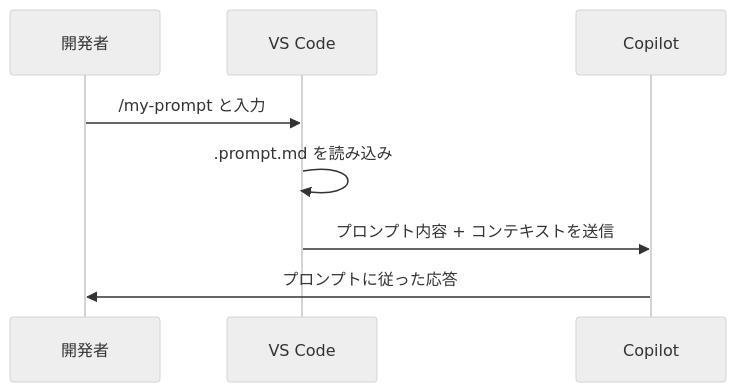
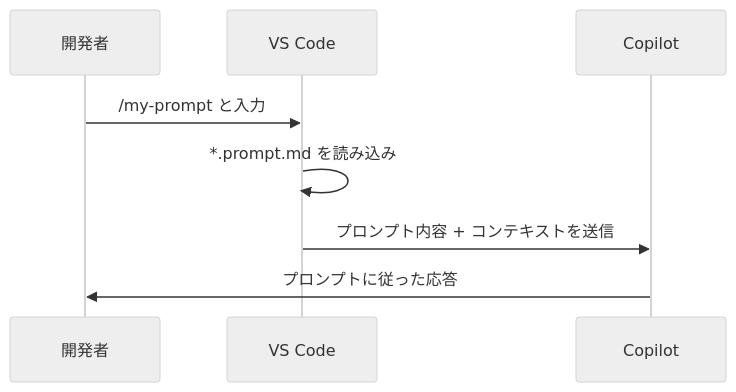
The diagram in docs/resources/diagram/02_prompt_flow.mmd (taogya/GithubCopilotCustom), drawn with Mermaid (neutral theme) before and after one commit. The commit also changed 17 other files, not shown here.

```diff
--- a/docs/resources/diagram/02_prompt_flow.mmd
+++ b/docs/resources/diagram/02_prompt_flow.mmd
@@ -1,9 +1,9 @@
 sequenceDiagram
     participant U as 開発者
     participant V as VS Code
     participant C as Copilot
 
     U->>V: /my-prompt と入力
-    V->>V: .prompt.md を読み込み
+    V->>V: *.prompt.md を読み込み
     V->>C: プロンプト内容 + コンテキストを送信
     C->>U: プロンプトに従った応答
```
